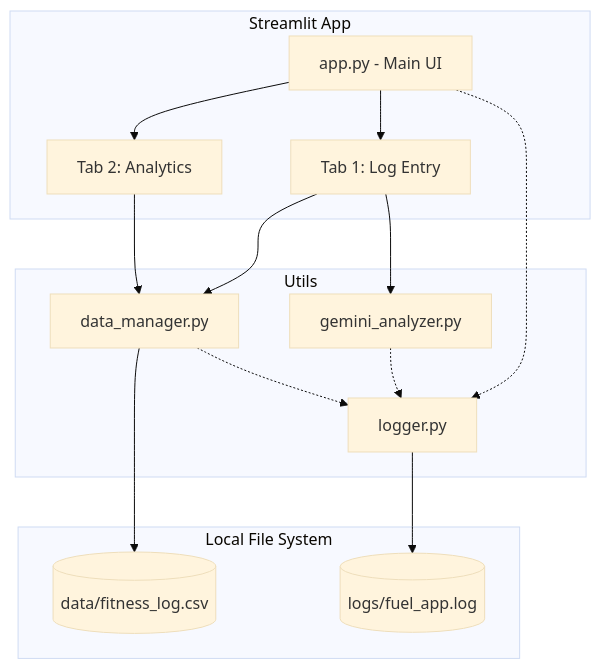
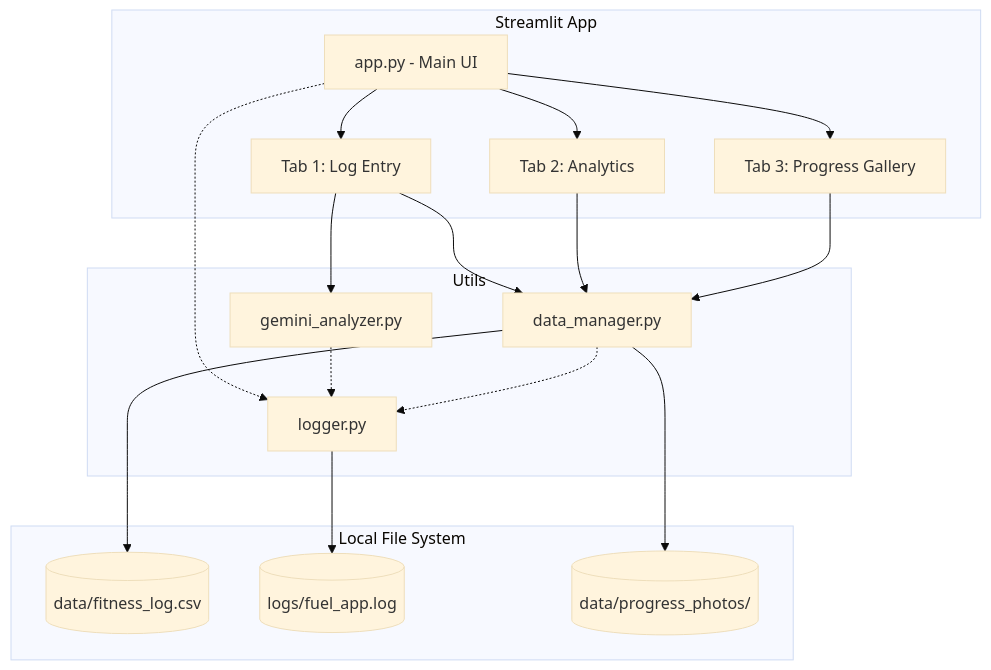
Before and after one commit to saishrikrishnaa/fitness-tracker: the diagram in docs/superpowers/plans/2026-09-22-fuel-fitness-tracker-plan.md, drawn with Mermaid (base theme). The commit also changed other lines of this file and 1 other file, not shown here.

Commit message:
docs: add progress photos and gallery features

````diff
--- a/docs/superpowers/plans/2026-09-22-fuel-fitness-tracker-plan.md
+++ b/docs/superpowers/plans/2026-09-22-fuel-fitness-tracker-plan.md
@@ -11,30 +11,35 @@
 ```mermaid
 graph TD
     subgraph UI [Streamlit App]
         A[app.py - Main UI]
         B[Tab 1: Log Entry]
         C[Tab 2: Analytics]
+        I[Tab 3: Progress Gallery]
         A --> B
         A --> C
+        A --> I
     end
     
     subgraph Backend [Utils]
         D[logger.py]
         E[gemini_analyzer.py]
         F[data_manager.py]
     end
     
     subgraph Storage [Local File System]
         G[(data/fitness_log.csv)]
         H[(logs/fuel_app.log)]
+        J[(data/progress_photos/)]
     end
     
     B --> E
     B --> F
     C --> F
+    I --> F
     A -.-> D
     E -.-> D
     F -.-> D
     F --> G
+    F --> J
     D --> H
 ```
````
